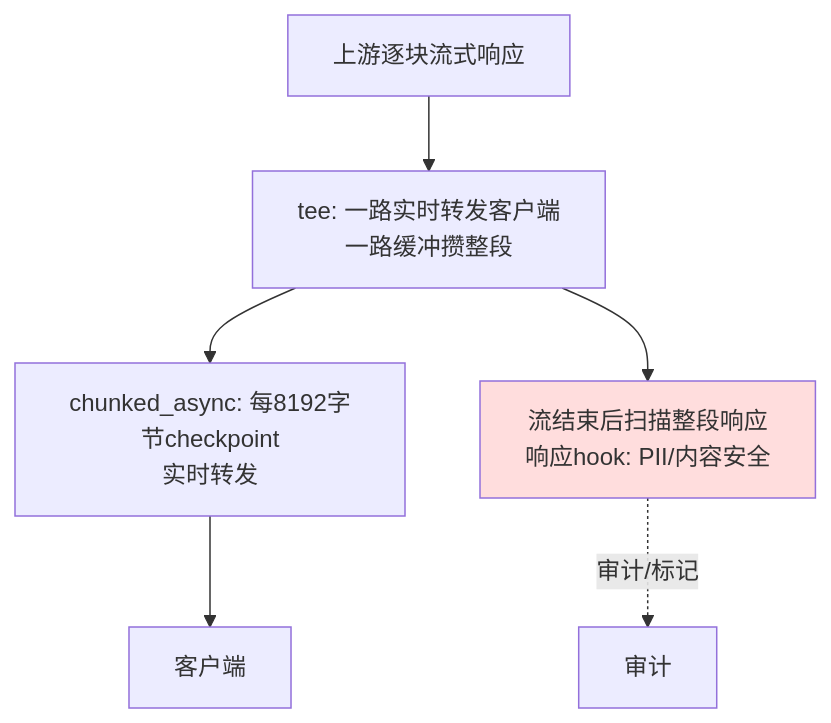
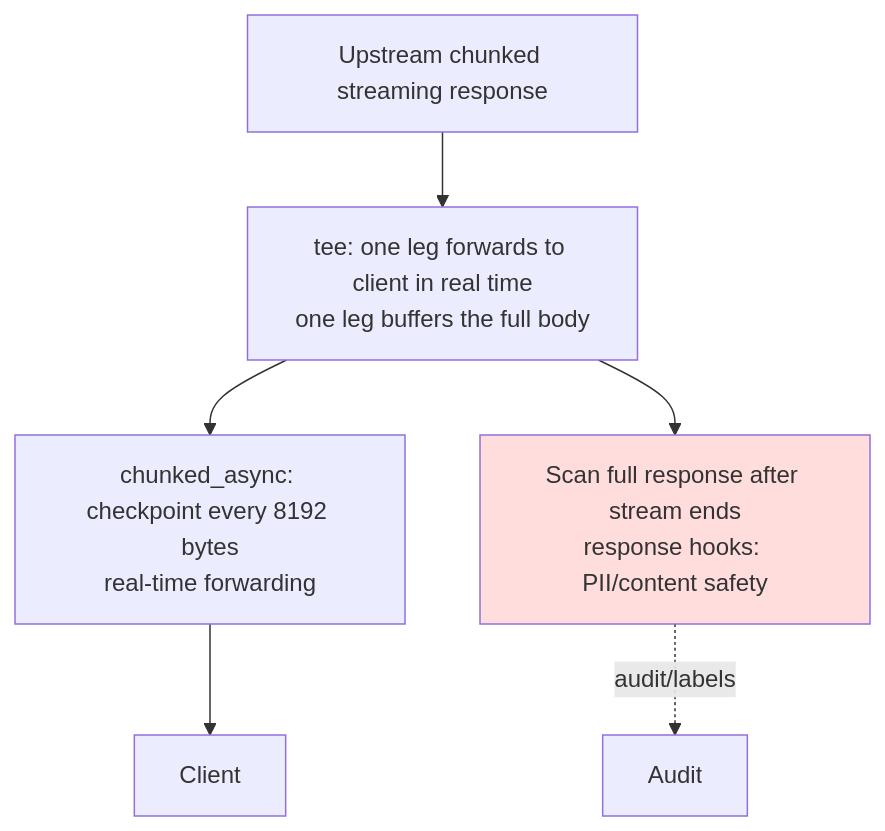
One commit to AlphaBitCore/nexus-gateway changed the fourth of 4 diagrams in docs/developers/architecture/services/ai-gateway/performance-and-switches-explained.md. Above: the diagram before and after it, drawn with Mermaid. The commit also changed other lines of this file and 165 other files, not shown here.

````diff
--- a/docs/developers/architecture/services/ai-gateway/performance-and-switches-explained.md
+++ b/docs/developers/architecture/services/ai-gateway/performance-and-switches-explained.md
@@ -153,9 +153,9 @@
 ```mermaid
 flowchart TD
-    UP[上游逐块流式响应] --> T[tee: 一路实时转发客户端<br/>一路缓冲攒整段]
-    T --> RELAY[chunked_async: 每8192字节checkpoint<br/>实时转发]
-    T --> SCAN[流结束后扫描整段响应<br/>响应hook: PII/内容安全]
-    RELAY --> C[客户端]
-    SCAN -.审计/标记.-> AUD[审计]
+    UP[Upstream chunked streaming response] --> T[tee: one leg forwards to client in real time<br/>one leg buffers the full body]
+    T --> RELAY[chunked_async: checkpoint every 8192 bytes<br/>real-time forwarding]
+    T --> SCAN[Scan full response after stream ends<br/>response hooks: PII/content safety]
+    RELAY --> C[Client]
+    SCAN -.audit/labels.-> AUD[Audit]
     style SCAN fill:#fdd
 ```
````
